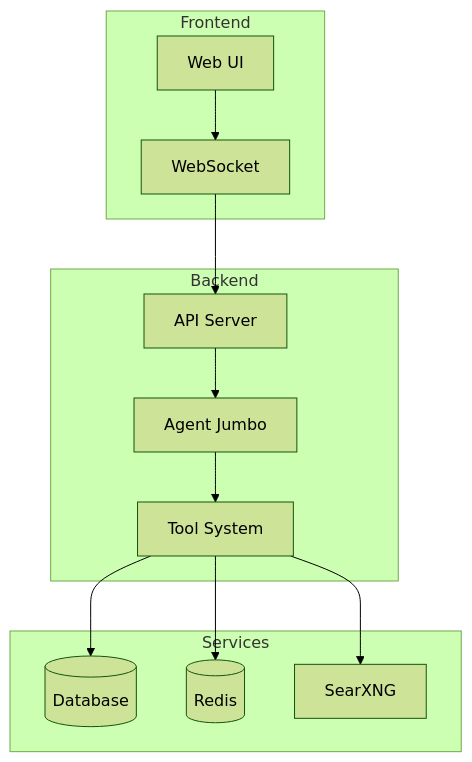
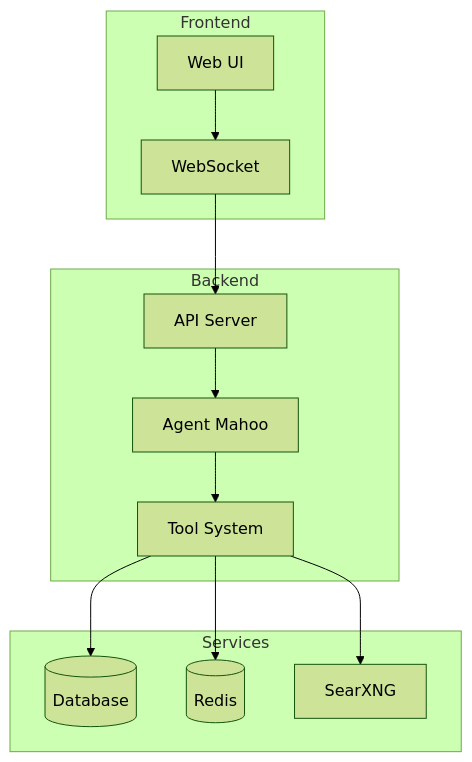
Before and after one commit to mahoosuc-solutions/agent-jumbo: diagram 11 of 12 in docs/diagrams.md, drawn with Mermaid (forest theme). The commit also changed other lines of this file and 511 other files, not shown here.

Commit message:
refactor(brand): finalize agent-jumbo to agent-mahoo rebrand across platform

````diff
--- a/docs/diagrams.md
+++ b/docs/diagrams.md
@@ -249,27 +249,27 @@
 ```mermaid
 graph TB
     subgraph "Frontend"
         UI[Web UI]
         WS[WebSocket]
     end
 
     subgraph "Backend"
         API[API Server]
-        Agent[Agent Jumbo]
+        Agent[Agent Mahoo]
         Tools[Tool System]
     end
 
     subgraph "Services"
         DB[(Database)]
         Cache[(Redis)]
         Search[SearXNG]
     end
 
     UI --> WS
     WS --> API
     API --> Agent
     Agent --> Tools
     Tools --> DB
     Tools --> Cache
     Tools --> Search
 ```
````
